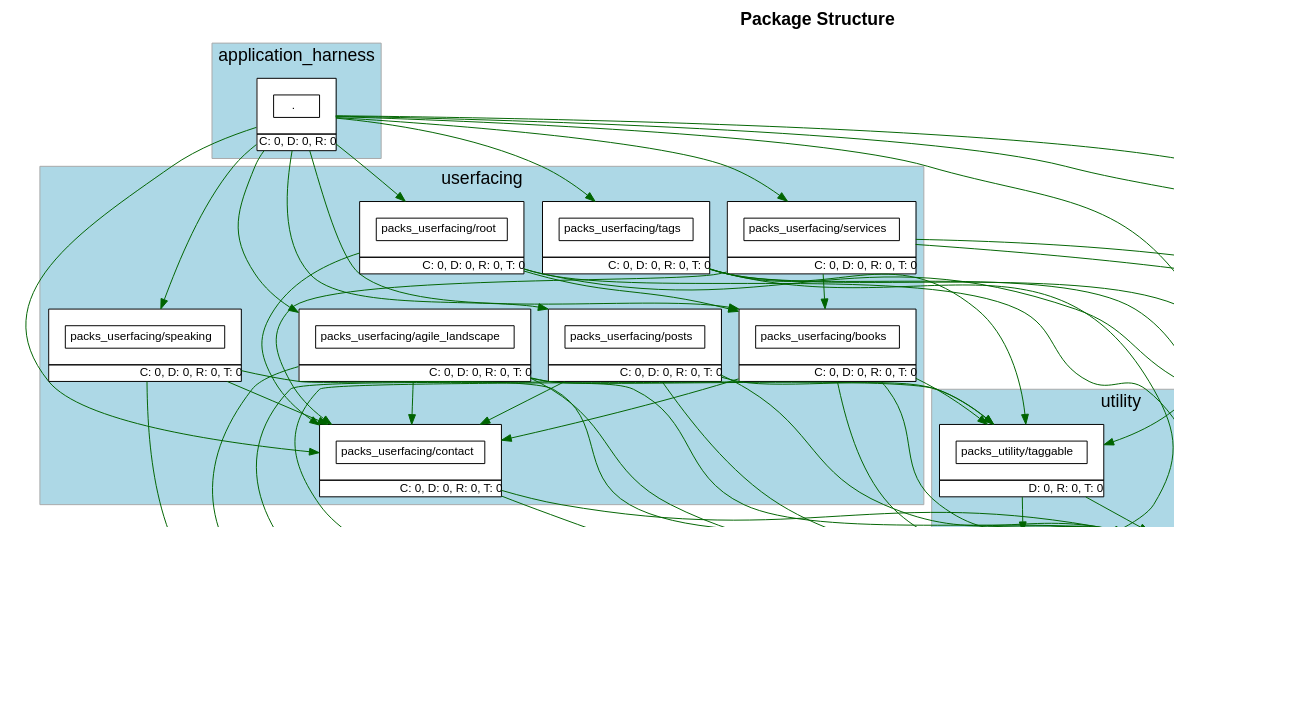
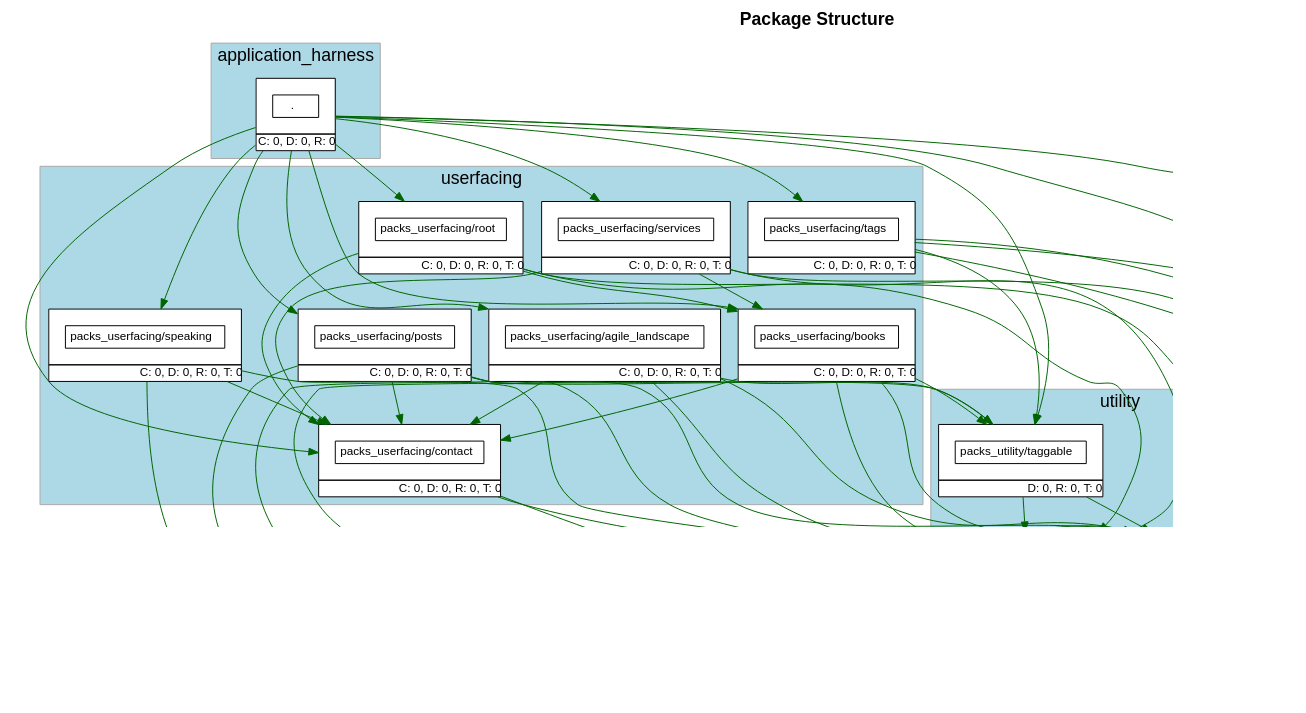
The diagram in packs.dot (shageman/stephanhagemann.com), drawn with Graphviz before and after one commit. The commit also changed 1 other file, not shown here.

Commit message:
Add routable as dependency to backlinks

```diff
--- a/packs.dot
+++ b/packs.dot
@@ -301,6 +301,7 @@
           "packs_userfacing/tags" -> "packs_utility/rails_shims" [ color=darkgreen ]
           "packs_userfacing/tags" -> "packs_utility/routable" [ color=darkgreen ]
           "packs_userfacing/tags" -> "packs_utility/taggable" [ color=darkgreen ]
+          "packs_utility/backlinks" -> "packs_utility/routable" [ color=darkgreen ]
           "packs_utility/rails_shims" -> "packs_utility/routable" [ color=darkgreen ]
           "packs_utility/taggable" -> "packs_utility/backlinks" [ color=darkgreen ]
           "packs_utility/taggable" -> "packs_utility/rails_shims" [ color=darkgreen ]
```
